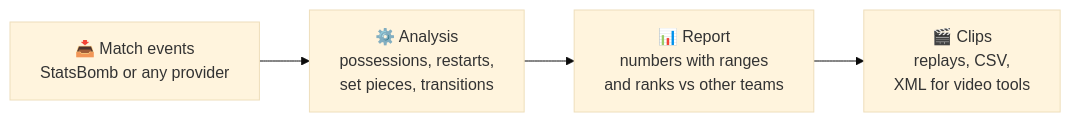
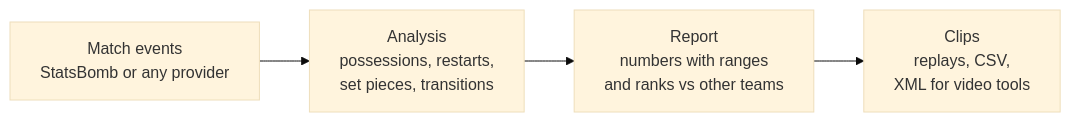
Before and after one commit to emanuele-clc/football-opposition-report: the diagram in README.md, drawn with Mermaid (base theme). The commit also changed other lines of this file, not shown here.

````diff
--- a/README.md
+++ b/README.md
@@ -33,6 +33,6 @@
 ```mermaid
 flowchart LR
-    A["📥 Match events<br/>StatsBomb or any provider"] --> B["⚙️ Analysis<br/>possessions, restarts,<br/>set pieces, transitions"]
-    B --> C["📊 Report<br/>numbers with ranges<br/>and ranks vs other teams"]
-    C --> D["🎬 Clips<br/>replays, CSV,<br/>XML for video tools"]
+    A["Match events<br/>StatsBomb or any provider"] --> B["Analysis<br/>possessions, restarts,<br/>set pieces, transitions"]
+    B --> C["Report<br/>numbers with ranges<br/>and ranks vs other teams"]
+    C --> D["Clips<br/>replays, CSV,<br/>XML for video tools"]
 ```
````
